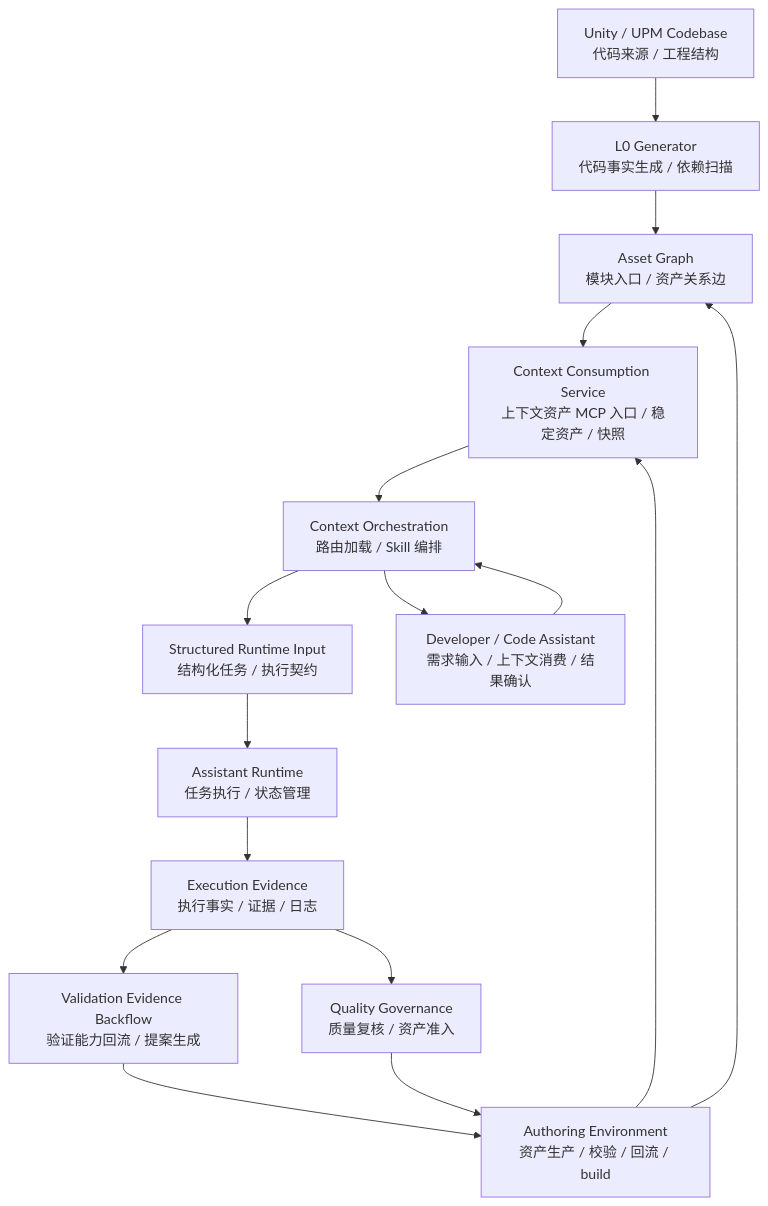
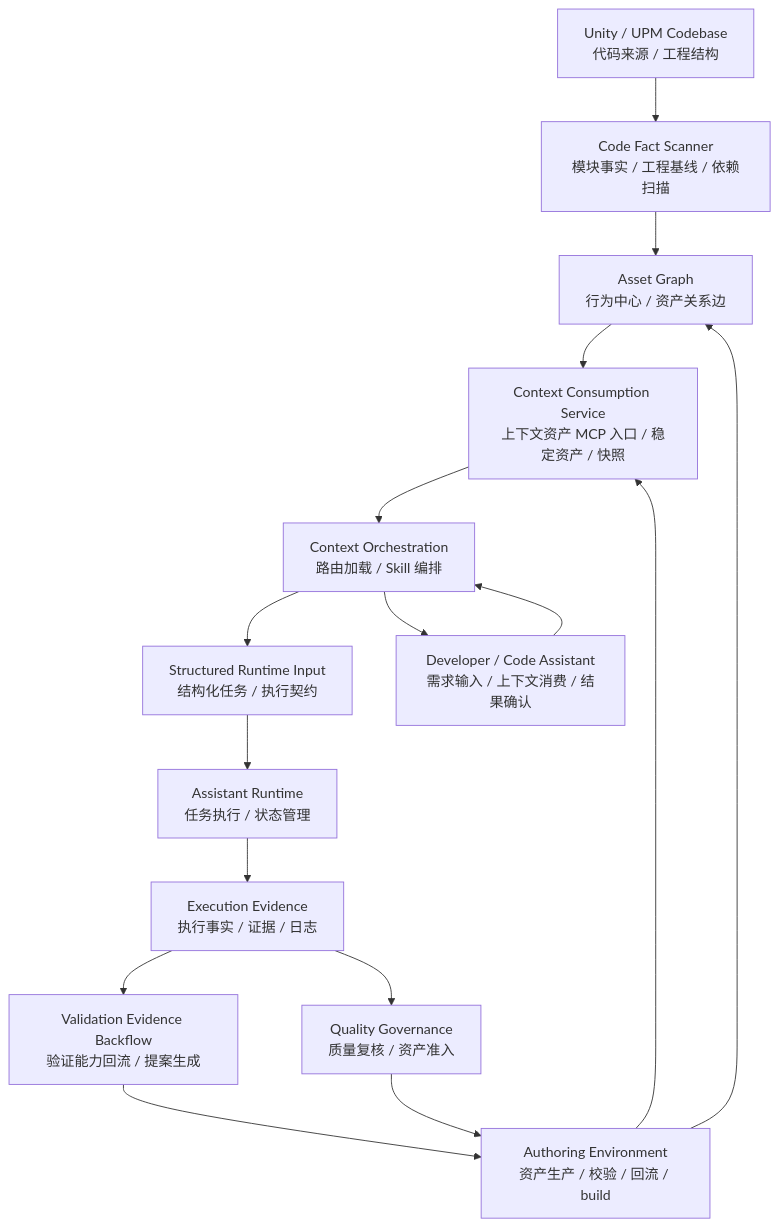
Before and after one commit to daihothot/uconnect: the second of 5 diagrams in docs/uconnect-context-management.zh.md, drawn with Mermaid. The commit also changed other lines of this file, not shown here.

````diff
--- a/docs/uconnect-context-management.zh.md
+++ b/docs/uconnect-context-management.zh.md
@@ -146,21 +148,21 @@
 ```mermaid
 flowchart TB
-    Codebase[Unity / UPM Codebase<br/>代码来源 / 工程结构] --> L0Gen[L0 Generator<br/>代码事实生成 / 依赖扫描]
-    L0Gen --> AssetGraph[Asset Graph<br/>模块入口 / 资产关系边]
+    Codebase[Unity / UPM Codebase<br/>代码来源 / 工程结构] --> CodeScan[Code Fact Scanner<br/>模块事实 / 工程基线 / 依赖扫描]
+    CodeScan --> AssetGraph[Asset Graph<br/>行为中心 / 资产关系边]
 
     Authoring[Authoring Environment<br/>资产生产 / 校验 / 回流 / build] --> AssetGraph
     Authoring --> Consumption[Context Consumption Service<br/>上下文资产 MCP 入口 / 稳定资产 / 快照]
     AssetGraph --> Consumption
 
     Consumption --> Orchestration[Context Orchestration<br/>路由加载 / Skill 编排]
     Orchestration --> RuntimeInput[Structured Runtime Input<br/>结构化任务 / 执行契约]
     RuntimeInput --> Assistant[Assistant Runtime<br/>任务执行 / 状态管理]
     Assistant --> Evidence[Execution Evidence<br/>执行事实 / 证据 / 日志]
     Evidence --> Backflow[Validation Evidence Backflow<br/>验证能力回流 / 提案生成]
     Evidence --> Governance[Quality Governance<br/>质量复核 / 资产准入]
     Backflow --> Authoring
     Governance --> Authoring
 
     Developer[Developer / Code Assistant<br/>需求输入 / 上下文消费 / 结果确认] --> Orchestration
     Orchestration --> Developer
 ```
````
